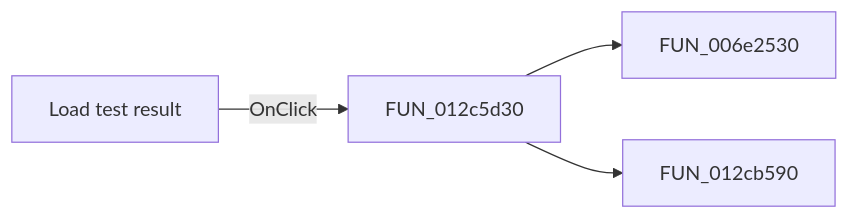
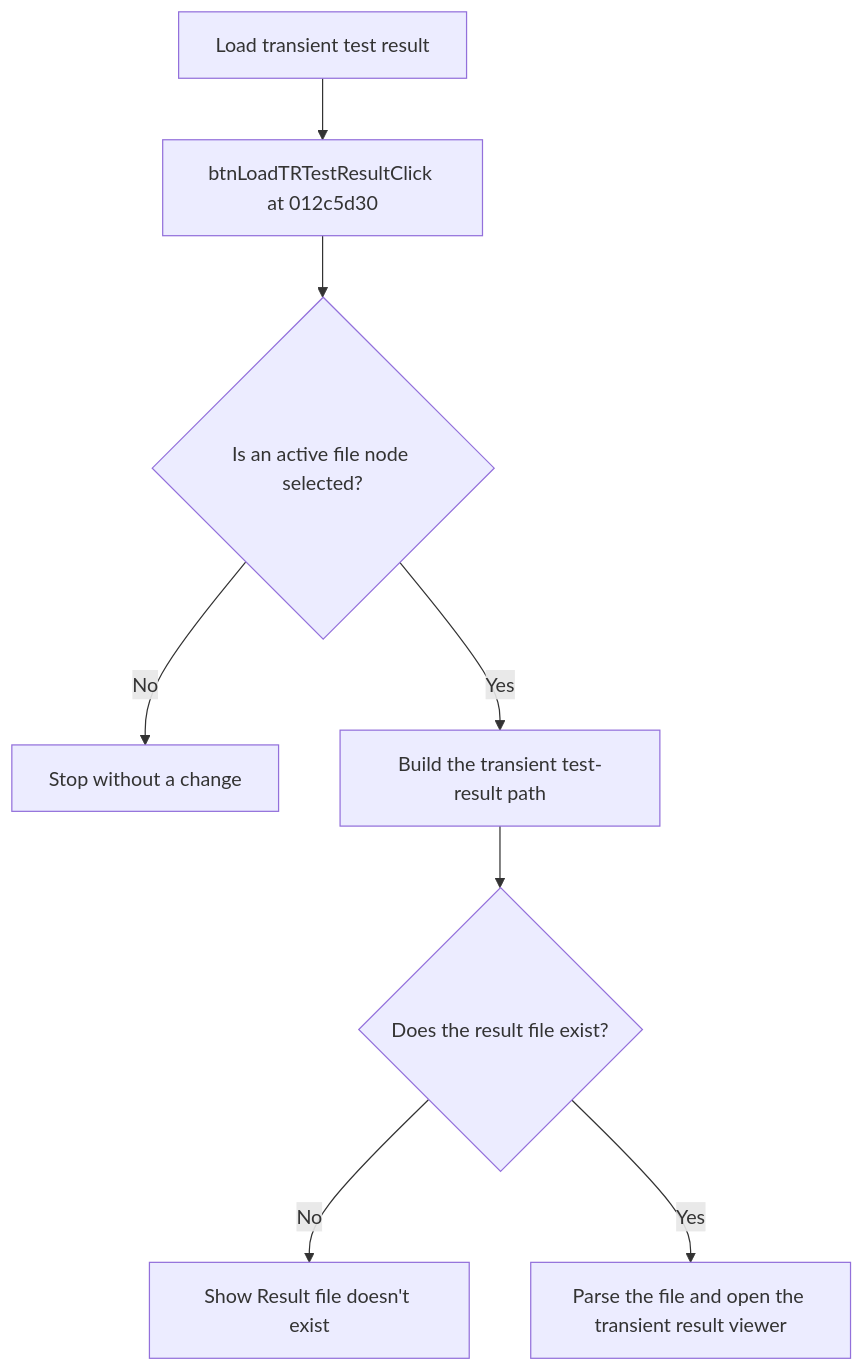
Before and after one commit to MovGP0/TIARA: the diagram in docs/ui-controls/frmtestbencheditor/btnloadtrtestresult-e17b7d9d50.md, drawn with Mermaid. The commit also changed other lines of this file and 387 other files, not shown here.

````diff
--- a/docs/ui-controls/frmtestbencheditor/btnloadtrtestresult-e17b7d9d50.md
+++ b/docs/ui-controls/frmtestbencheditor/btnloadtrtestresult-e17b7d9d50.md
@@ -27,6 +19,10 @@
 ```mermaid
-flowchart LR
-    control["Load test result"] -->|OnClick| handler["FUN_012c5d30"]
-    handler --> call1["FUN_006e2530"]
-    handler --> call2["FUN_012cb590"]
+flowchart TD
+    control["Load transient test result"] --> handler["btnLoadTRTestResultClick at 012c5d30"]
+    handler --> selected{"Is an active file node selected?"}
+    selected -->|No| stop["Stop without a change"]
+    selected -->|Yes| path["Build the transient test-result path"]
+    path --> exists{"Does the result file exist?"}
+    exists -->|No| error["Show Result file doesn't exist"]
+    exists -->|Yes| viewer["Parse the file and open the transient result viewer"]
 ```
````
